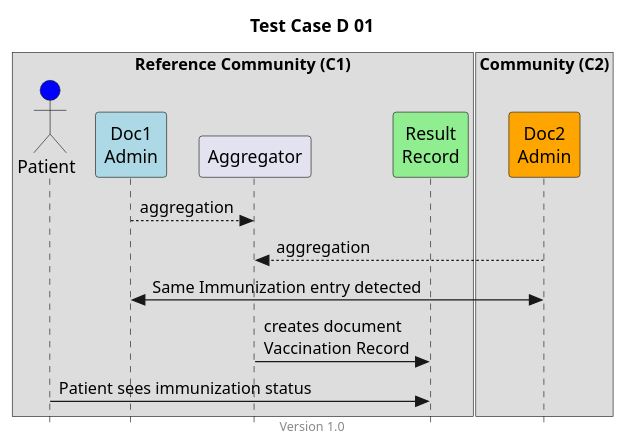
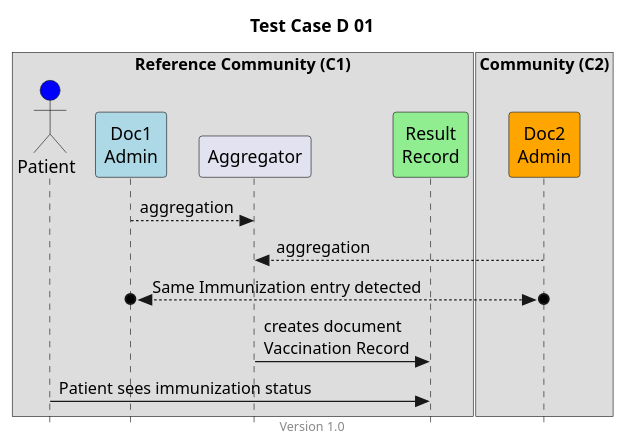
The diagram in input/images-source/TCD01.plantuml (hl7ch/ch-vacd), drawn with PlantUML before and after one commit. The commit also changed 11 other files, not shown here.

```diff
--- a/input/images-source/TCD01.plantuml
+++ b/input/images-source/TCD01.plantuml
@@ -1,28 +1,28 @@
 @startuml
 title Test Case D 01
 footer Version 1.0
 skinparam responseMessageBelowArrow true
 skinparam style strictuml
 scale max 800 width
 
 box "Reference Community (C1)"
 actor "Patient" as PAT #blue
 participant "Doc1\nAdmin" as Doc1 #lightblue
 participant Aggregator as AGG
 participant "Result\nRecord" as RES #lightgreen
 end box
 
 box "Community (C2)"
 participant "Doc2\nAdmin" as Doc2 #orange
 end box
 
 Doc1 --> AGG: aggregation
 Doc2 --> AGG: aggregation
 
-Doc1 <-> Doc2: Same Immunization entry detected
+Doc1 o<-->o Doc2: Same Immunization entry detected
 
 AGG -> RES: creates document\nVaccination Record 
 PAT -> RES: Patient sees immunization status
 
 
 @enduml
```
